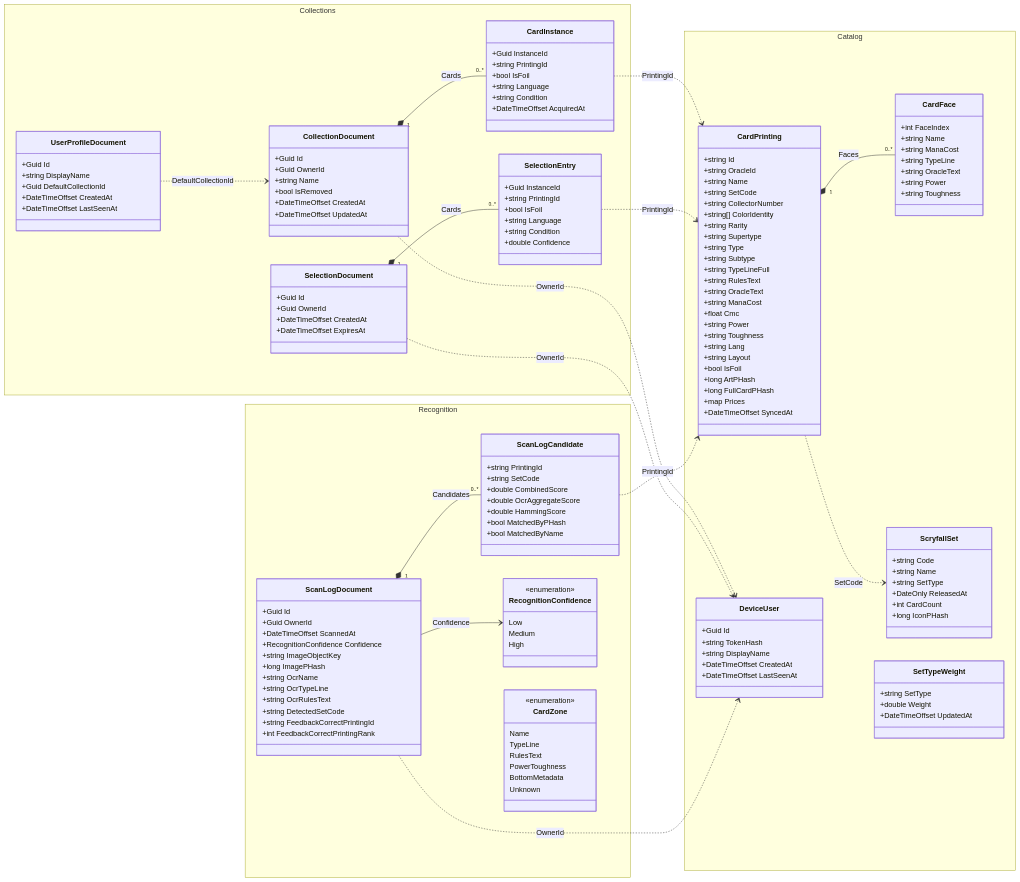
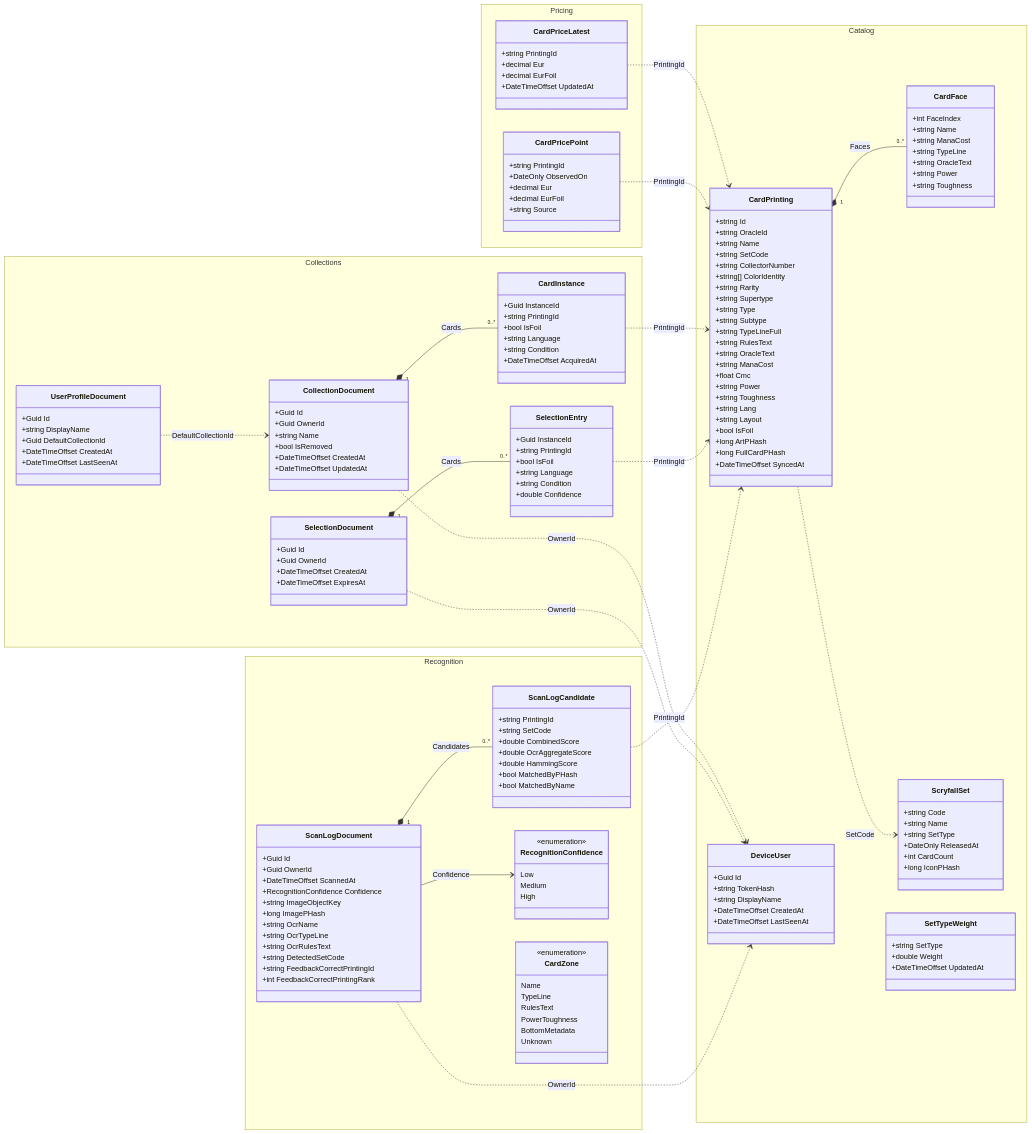
Before and after one commit to danbro96/LupiraMtgApi: the diagram in docs/architecture.md, drawn with Mermaid. The commit also changed other lines of this file and 40 other files, not shown here.

First line of the commit message:
Add Pricing bounded context; move card prices out of Catalog

```diff
--- a/docs/architecture.md
+++ b/docs/architecture.md
@@ -159,7 +171,6 @@
       +bool IsFoil
       +long ArtPHash
       +long FullCardPHash
-      +map Prices
       +DateTimeOffset SyncedAt
     }
     class CardFace {
@@ -190,6 +201,22 @@
       +string DisplayName
       +DateTimeOffset CreatedAt
       +DateTimeOffset LastSeenAt
+    }
+  }
+
+  namespace Pricing {
+    class CardPriceLatest {
+      +string PrintingId
+      +decimal Eur
+      +decimal EurFoil
+      +DateTimeOffset UpdatedAt
+    }
+    class CardPricePoint {
+      +string PrintingId
+      +DateOnly ObservedOn
+      +decimal Eur
+      +decimal EurFoil
+      +string Source
     }
   }
 
@@ -281,6 +308,8 @@
   ScanLogDocument --> RecognitionConfidence : Confidence
 
   CardPrinting ..> ScryfallSet : SetCode
+  CardPriceLatest ..> CardPrinting : PrintingId
+  CardPricePoint ..> CardPrinting : PrintingId
   CardInstance ..> CardPrinting : PrintingId
   SelectionEntry ..> CardPrinting : PrintingId
   ScanLogCandidate ..> CardPrinting : PrintingId
```
